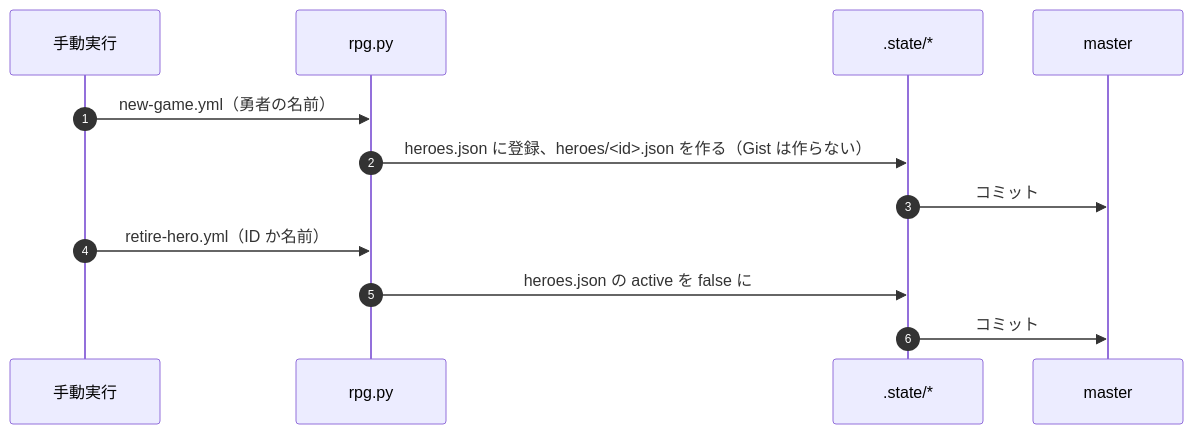
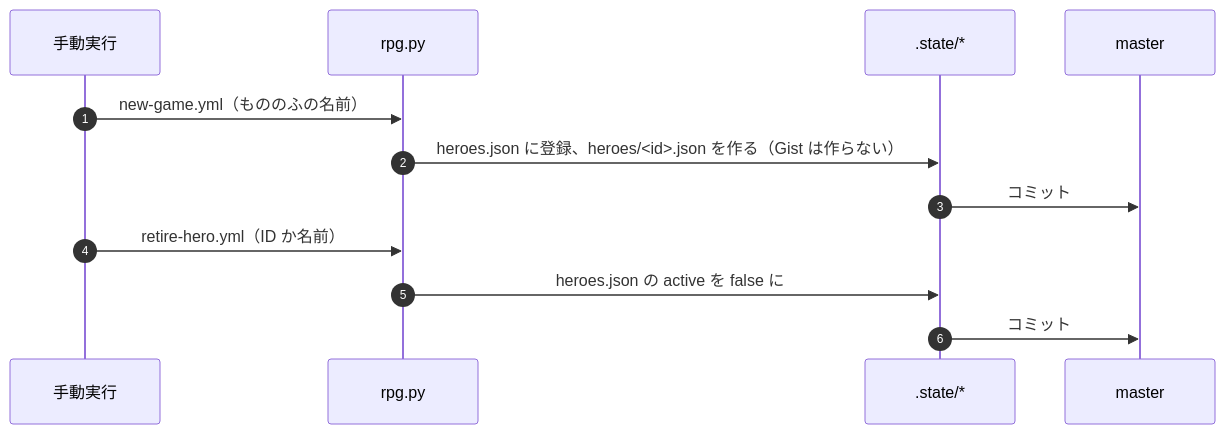
One commit to ot-nemoto/cryepis changed the third of 3 diagrams in docs/DATA_FLOW.md. Above: the diagram before and after it, drawn with Mermaid. The commit also changed other lines of this file and 41 other files, not shown here.

````diff
--- a/docs/DATA_FLOW.md
+++ b/docs/DATA_FLOW.md
@@ -99,15 +99,15 @@
 ```mermaid
 sequenceDiagram
     autonumber
     participant U as 手動実行
     participant RP as rpg.py
     participant S as .state/*
     participant M as master
 
-    U->>RP: new-game.yml（勇者の名前）
+    U->>RP: new-game.yml（もののふの名前）
     RP->>S: heroes.json に登録、heroes/<id>.json を作る（Gist は作らない）
     S->>M: コミット
     U->>RP: retire-hero.yml（ID か名前）
     RP->>S: heroes.json の active を false に
     S->>M: コミット
 ```
````
